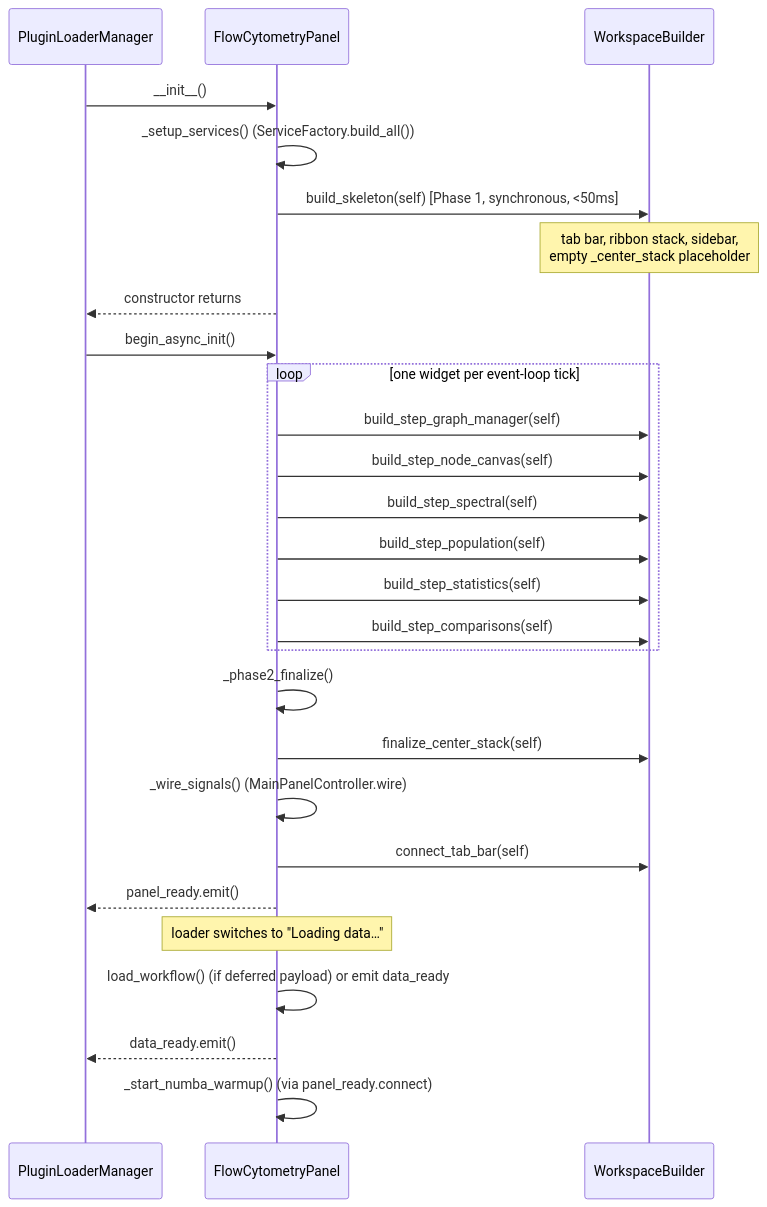
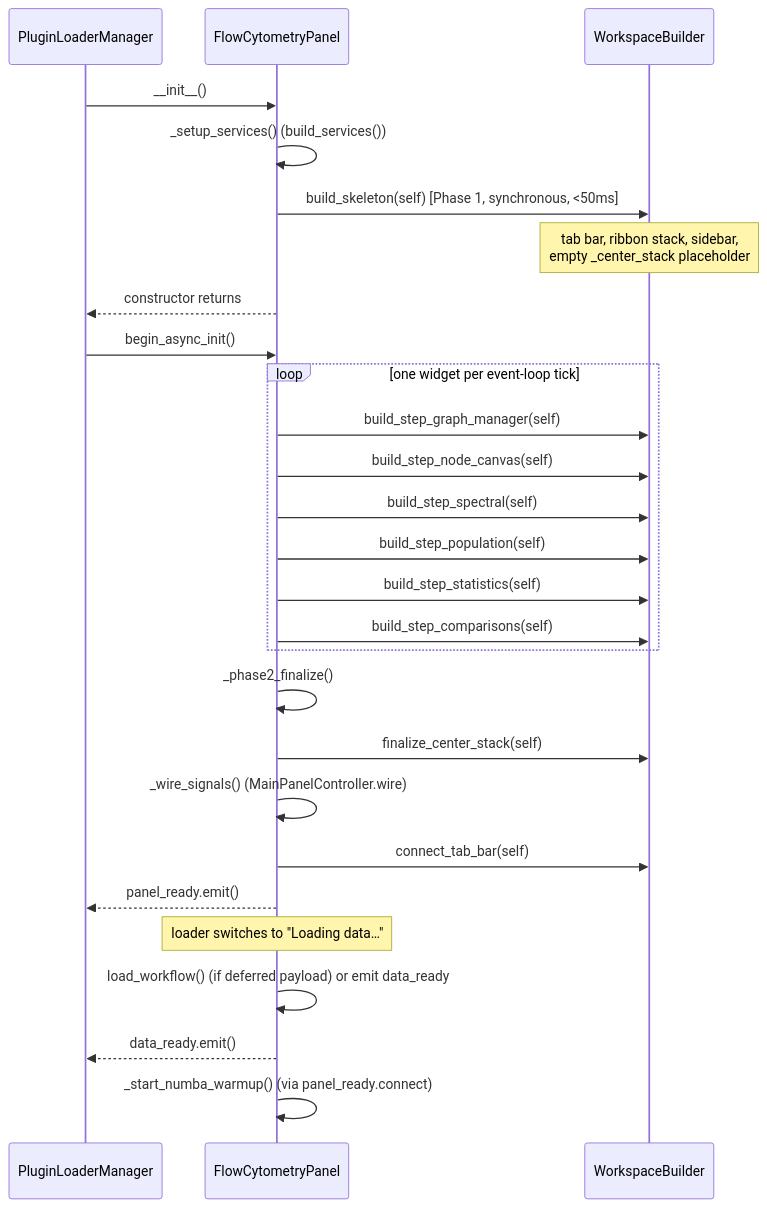
One commit to KalaimaranB/Karcytics-flow-cytometry changed the first of 4 diagrams in docs/developer/00_ARCHITECTURE_OVERVIEW.md. Above: the diagram before and after it, drawn with Mermaid. The commit also changed other lines of this file and 33 other files, not shown here.

````diff
--- a/docs/developer/00_ARCHITECTURE_OVERVIEW.md
+++ b/docs/developer/00_ARCHITECTURE_OVERVIEW.md
@@ -65,31 +65,31 @@
 ```mermaid
 sequenceDiagram
     participant Hub as PluginLoaderManager
     participant Panel as FlowCytometryPanel
     participant WB as WorkspaceBuilder
 
     Hub->>Panel: __init__()
-    Panel->>Panel: _setup_services() (ServiceFactory.build_all())
+    Panel->>Panel: _setup_services() (build_services())
     Panel->>WB: build_skeleton(self)  [Phase 1, synchronous, <50ms]
     Note over WB: tab bar, ribbon stack, sidebar,<br/>empty _center_stack placeholder
     Panel-->>Hub: constructor returns
 
     Hub->>Panel: begin_async_init()
     loop one widget per event-loop tick
         Panel->>WB: build_step_graph_manager(self)
         Panel->>WB: build_step_node_canvas(self)
         Panel->>WB: build_step_spectral(self)
         Panel->>WB: build_step_population(self)
         Panel->>WB: build_step_statistics(self)
         Panel->>WB: build_step_comparisons(self)
     end
     Panel->>Panel: _phase2_finalize()
     Panel->>WB: finalize_center_stack(self)
     Panel->>Panel: _wire_signals() (MainPanelController.wire)
     Panel->>WB: connect_tab_bar(self)
     Panel-->>Hub: panel_ready.emit()
     Note over Panel: loader switches to "Loading data…"
     Panel->>Panel: load_workflow() (if deferred payload) or emit data_ready
     Panel-->>Hub: data_ready.emit()
     Panel->>Panel: _start_numba_warmup() (via panel_ready.connect)
 ```
````
